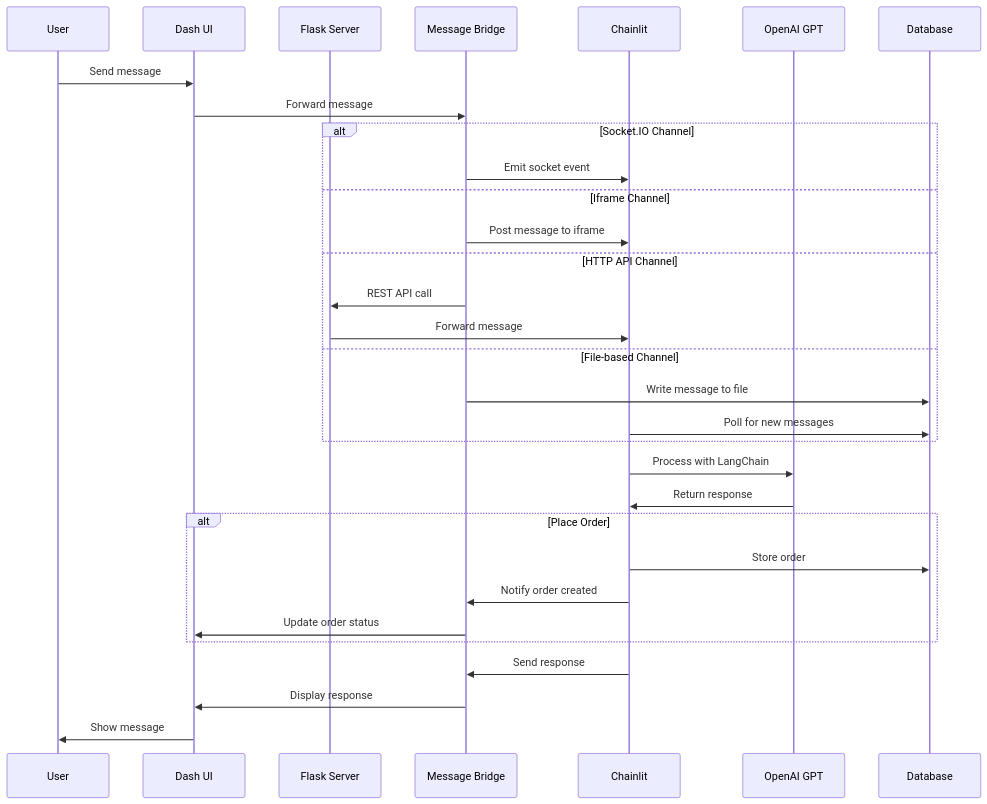
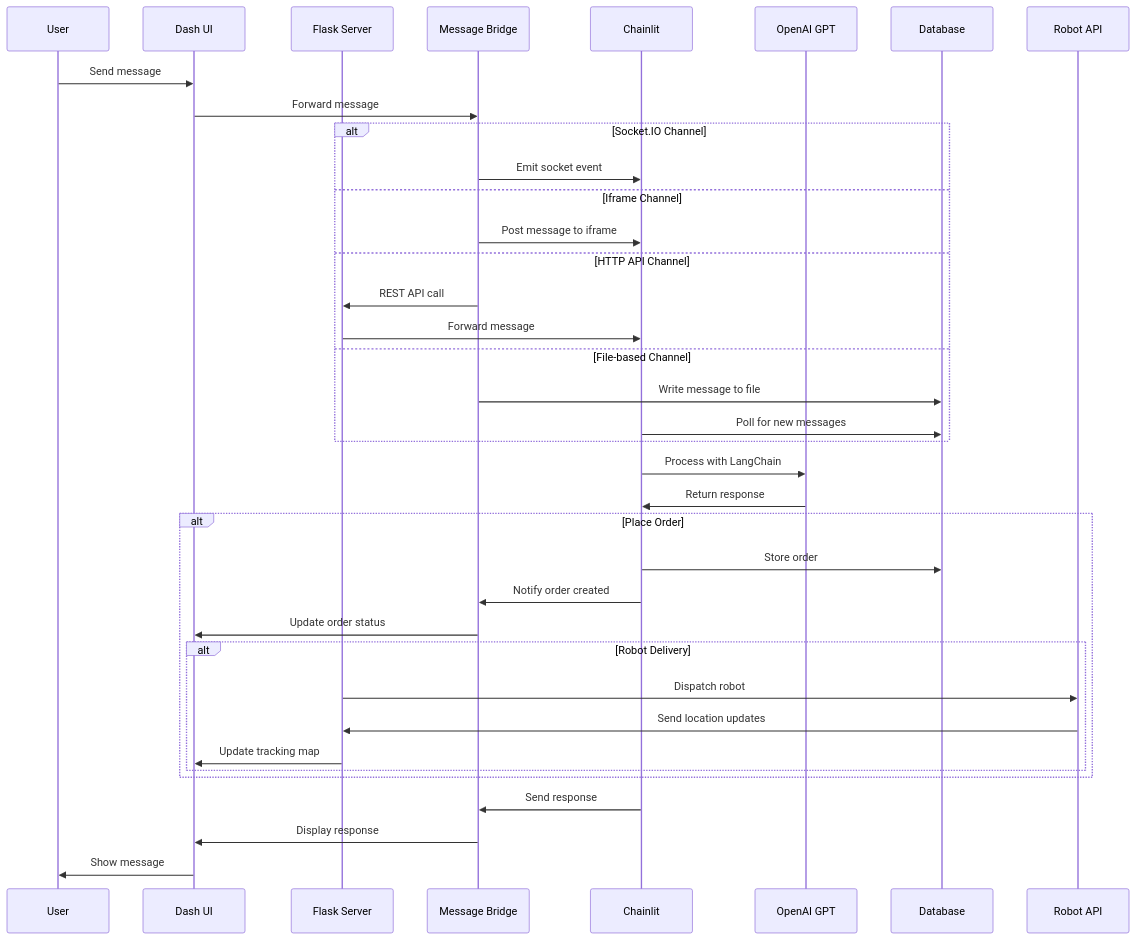
One commit to EmmaAdjei007/cafe-neo changed the fourth of 4 diagrams in Infrastructure.md. Above: the diagram before and after it, drawn with Mermaid. The commit also changed other lines of this file, not shown here.

Commit message:
improve the infra structure to include robot version

````diff
--- a/Infrastructure.md
+++ b/Infrastructure.md
@@ -177,38 +209,45 @@
 ```mermaid
 sequenceDiagram
     participant User
     participant DashUI as Dash UI
     participant Server as Flask Server
     participant Bridge as Message Bridge
     participant Chainlit
     participant GPT as OpenAI GPT
     participant DB as Database
+    participant Robot as Robot API
     
     User->>DashUI: Send message
     DashUI->>Bridge: Forward message
     
     alt Socket.IO Channel
         Bridge->>Chainlit: Emit socket event
     else Iframe Channel
         Bridge->>Chainlit: Post message to iframe
     else HTTP API Channel
         Bridge->>Server: REST API call
         Server->>Chainlit: Forward message
     else File-based Channel
         Bridge->>DB: Write message to file
         Chainlit->>DB: Poll for new messages
     end
     
     Chainlit->>GPT: Process with LangChain
     GPT->>Chainlit: Return response
     
     alt Place Order
         Chainlit->>DB: Store order
         Chainlit->>Bridge: Notify order created
         Bridge->>DashUI: Update order status
+        
+        alt Robot Delivery
+            Server->>Robot: Dispatch robot
+            Robot->>Server: Send location updates
+            Server->>DashUI: Update tracking map
+        end
     end
     
     Chainlit->>Bridge: Send response
     Bridge->>DashUI: Display response
     DashUI->>User: Show message
 ```
````
